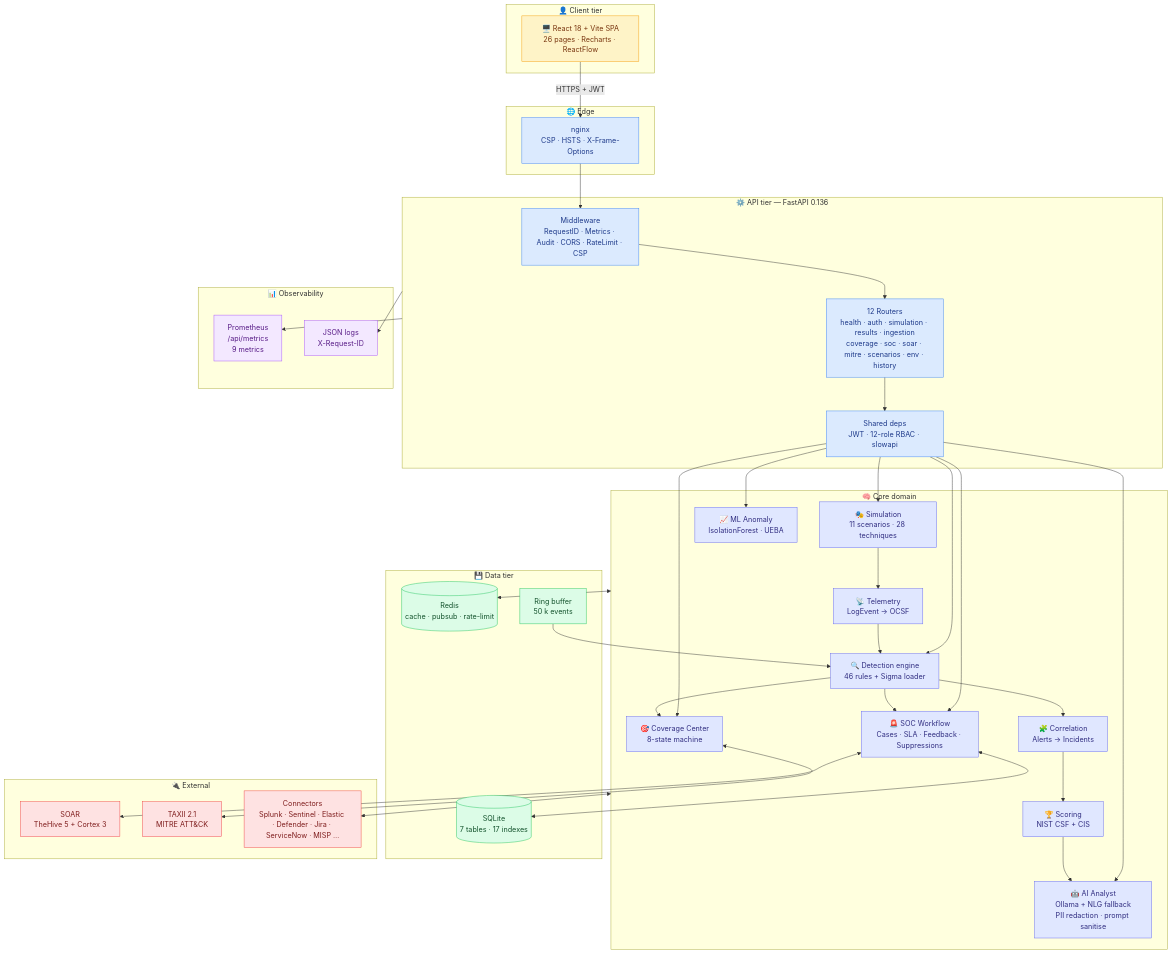
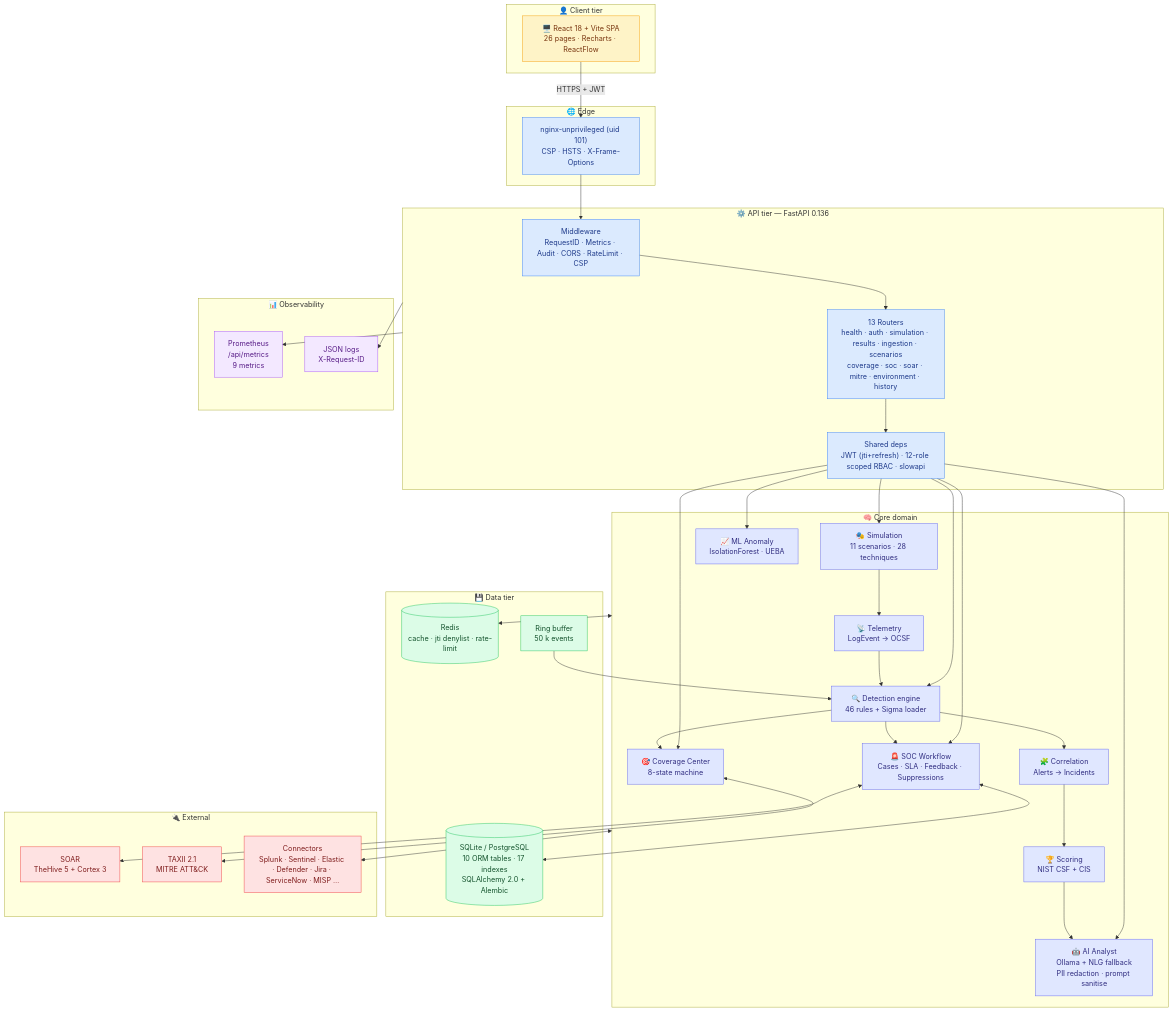
Before and after one commit to omarbabba779xx/CyberTwin-SOC: the fourth of 18 diagrams in README.md, drawn with Mermaid. The commit also changed other lines of this file and 2 other files, not shown here.

First line of the commit message:
fix(ci)+docs: bump CI JWT_SECRET to 64 chars, rewrite README v3.1.0

````diff
--- a/README.md
+++ b/README.md
@@ -165,72 +266,72 @@
 ```mermaid
 flowchart TB
     subgraph Client["👤 Client tier"]
         UI["🖥️ React 18 + Vite SPA<br/>26 pages · Recharts · ReactFlow"]
     end
 
     subgraph Edge["🌐 Edge"]
-        NX["nginx<br/>CSP · HSTS · X-Frame-Options"]
+        NX["nginx-unprivileged (uid 101)<br/>CSP · HSTS · X-Frame-Options"]
     end
 
     subgraph API["⚙️ API tier — FastAPI 0.136"]
         MW["Middleware<br/>RequestID · Metrics · Audit · CORS · RateLimit · CSP"]
-        ROUT["12 Routers<br/>health · auth · simulation · results · ingestion<br/>coverage · soc · soar · mitre · scenarios · env · history"]
-        DEPS["Shared deps<br/>JWT · 12-role RBAC · slowapi"]
+        ROUT["13 Routers<br/>health · auth · simulation · results · ingestion · scenarios<br/>coverage · soc · soar · mitre · environment · history"]
+        DEPS["Shared deps<br/>JWT (jti+refresh) · 12-role scoped RBAC · slowapi"]
     end
 
     subgraph Core["🧠 Core domain"]
         SIM["🎭 Simulation<br/>11 scenarios · 28 techniques"]
         TEL["📡 Telemetry<br/>LogEvent → OCSF"]
         DET["🔍 Detection engine<br/>46 rules + Sigma loader"]
         COR["🧩 Correlation<br/>Alerts → Incidents"]
         SCO["🏆 Scoring<br/>NIST CSF + CIS"]
         AI["🤖 AI Analyst<br/>Ollama + NLG fallback<br/>PII redaction · prompt sanitise"]
         ANO["📈 ML Anomaly<br/>IsolationForest · UEBA"]
         SOC["🚨 SOC Workflow<br/>Cases · SLA · Feedback · Suppressions"]
         COV["🎯 Coverage Center<br/>8-state machine"]
     end
 
     subgraph Data["💾 Data tier"]
-        DB[("SQLite<br/>7 tables · 17 indexes")]
-        REDIS[("Redis<br/>cache · pubsub · rate-limit")]
+        DB[("SQLite / PostgreSQL<br/>10 ORM tables · 17 indexes<br/>SQLAlchemy 2.0 + Alembic")]
+        REDIS[("Redis<br/>cache · jti denylist · rate-limit")]
         BUF["Ring buffer<br/>50 k events"]
     end
 
     subgraph Obs["📊 Observability"]
         PROM["Prometheus<br/>/api/metrics<br/>9 metrics"]
         LOG["JSON logs<br/>X-Request-ID"]
     end
 
     subgraph Ext["🔌 External"]
         SOAR["SOAR<br/>TheHive 5 + Cortex 3"]
         TAXII["TAXII 2.1<br/>MITRE ATT&CK"]
         CONN["Connectors<br/>Splunk · Sentinel · Elastic · Defender · Jira · ServiceNow · MISP …"]
     end
 
     UI -->|HTTPS + JWT| NX --> MW --> ROUT --> DEPS
     DEPS --> SIM & DET & SOC & COV & AI & ANO
     SIM --> TEL --> DET --> COR --> SCO --> AI
     DET --> SOC
     BUF --> DET
     SOC <--> DB
     DET --> COV
     Core <--> REDIS
     API --> PROM & LOG
     SOC <--> SOAR
     COV <--> TAXII
     Core <--> CONN
 
     classDef client fill:#fef3c7,stroke:#f59e0b,color:#78350f
     classDef api fill:#dbeafe,stroke:#3b82f6,color:#1e3a8a
     classDef core fill:#e0e7ff,stroke:#6366f1,color:#312e81
     classDef data fill:#dcfce7,stroke:#22c55e,color:#14532d
     classDef obs fill:#f3e8ff,stroke:#a855f7,color:#581c87
     classDef ext fill:#fee2e2,stroke:#ef4444,color:#7f1d1d
 
     class UI client
     class NX,MW,ROUT,DEPS api
     class SIM,TEL,DET,COR,SCO,AI,ANO,SOC,COV core
     class DB,REDIS,BUF data
     class PROM,LOG obs
     class SOAR,TAXII,CONN ext
 ```
````
